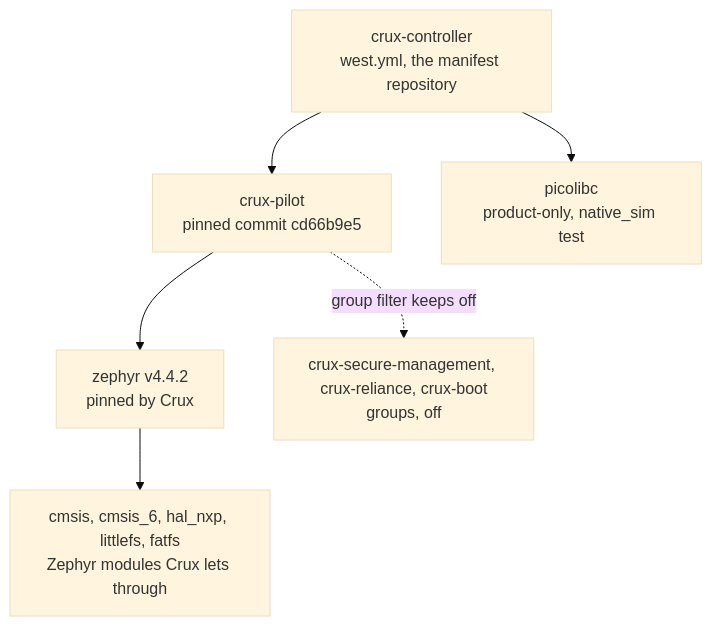
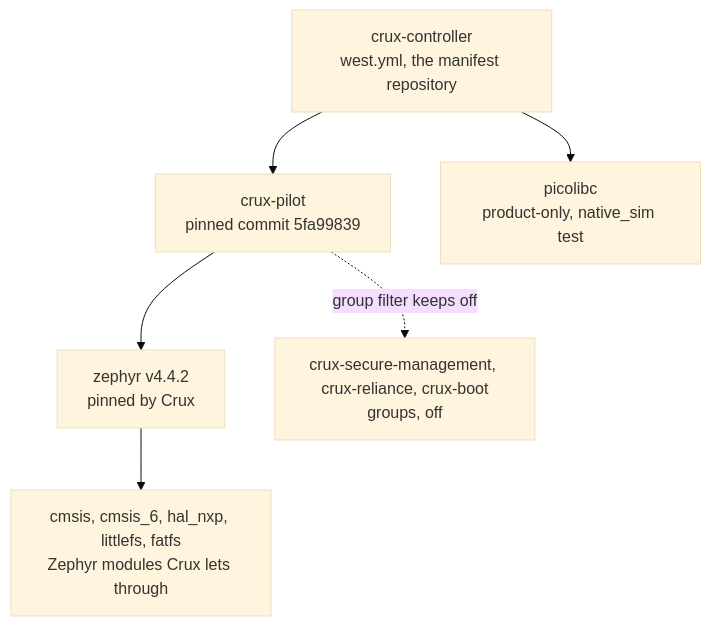
One commit to wonny-labs/crux-controller changed the diagram in docs/dependencies.md. Above: the diagram before and after it, drawn with Mermaid (base theme). The commit also changed other lines of this file and 14 other files, not shown here.

First line of the commit message:
build(west): move the crux-pilot pin to 5fa99839

````diff
--- a/docs/dependencies.md
+++ b/docs/dependencies.md
@@ -16,14 +16,14 @@
 ```mermaid
 flowchart TD
     CC["crux-controller<br/>west.yml, the manifest repository"]
-    CP["crux-pilot<br/>pinned commit cd66b9e5"]
+    CP["crux-pilot<br/>pinned commit 5fa99839"]
     ZP["zephyr v4.4.2<br/>pinned by Crux"]
     MOD["cmsis, cmsis_6, hal_nxp, littlefs, fatfs<br/>Zephyr modules Crux lets through"]
     PL["picolibc<br/>product-only, native_sim test"]
     OFF["crux-secure-management, crux-reliance, crux-boot<br/>groups, off"]
     CC --> CP
     CC --> PL
     CP --> ZP
     ZP --> MOD
     CP -. "group filter keeps off" .-> OFF
 ```
````
